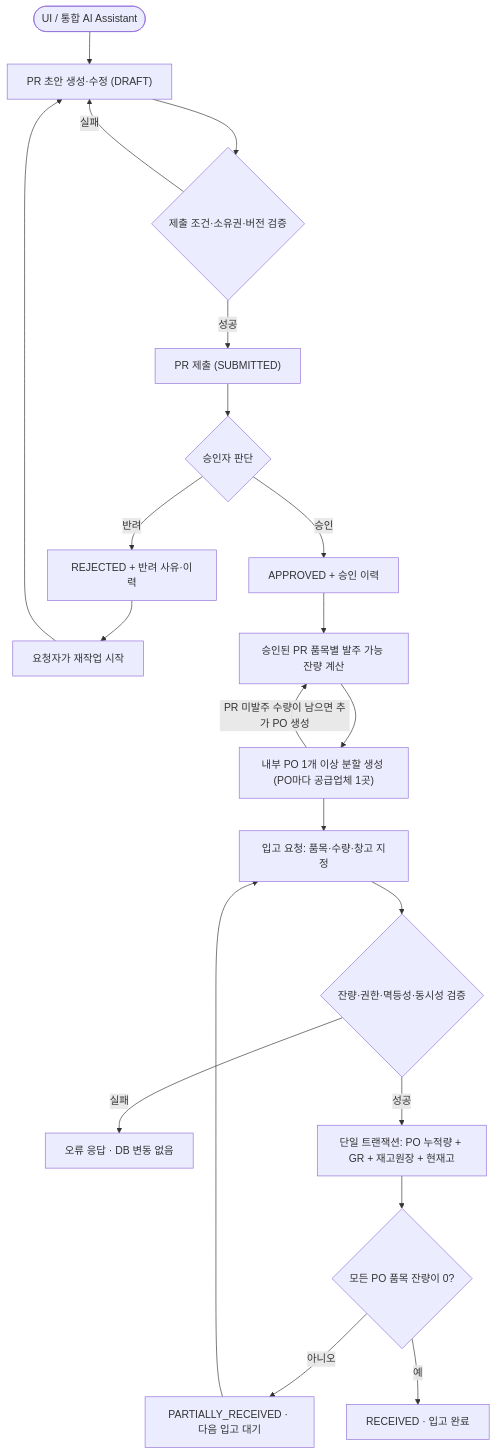
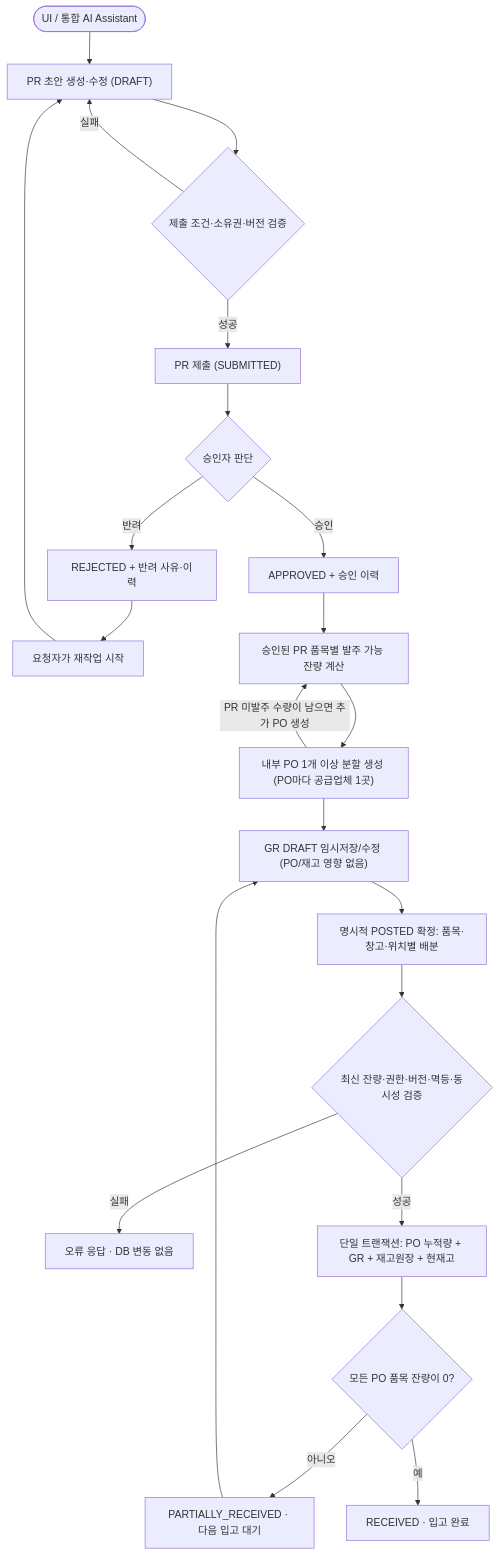
Before and after one commit to chagok-erp/chagok_docs: the first of 5 diagrams in docs/business/04-ERP-WORKFLOW.md, drawn with Mermaid. The commit also changed other lines of this file and 14 other files, not shown here.

````diff
--- a/docs/business/04-ERP-WORKFLOW.md
+++ b/docs/business/04-ERP-WORKFLOW.md
@@ -9,23 +9,24 @@
 ```mermaid
 flowchart TD
     START([UI / 통합 AI Assistant]) --> D["PR 초안 생성·수정 (DRAFT)"]
     D --> VALIDATE{"제출 조건·소유권·버전 검증"}
     VALIDATE -->|실패| D
     VALIDATE -->|성공| S["PR 제출 (SUBMITTED)"]
     S --> APPROVAL{"승인자 판단"}
     APPROVAL -->|반려| R["REJECTED + 반려 사유·이력"]
     R --> REWORK["요청자가 재작업 시작"]
     REWORK --> D
     APPROVAL -->|승인| A["APPROVED + 승인 이력"]
     A --> SPLIT["승인된 PR 품목별 발주 가능 잔량 계산"]
     SPLIT --> PO["내부 PO 1개 이상 분할 생성 (PO마다 공급업체 1곳)"]
     PO -->|PR 미발주 수량이 남으면 추가 PO 생성| SPLIT
-    PO --> GR["입고 요청: 품목·수량·창고 지정"]
-    GR --> CHECK{"잔량·권한·멱등성·동시성 검증"}
+    PO --> GRD["GR DRAFT 임시저장/수정 (PO/재고 영향 없음)"]
+    GRD --> GR["명시적 POSTED 확정: 품목·창고·위치별 배분"]
+    GR --> CHECK{"최신 잔량·권한·버전·멱등·동시성 검증"}
     CHECK -->|실패| NO["오류 응답 · DB 변동 없음"]
     CHECK -->|성공| TX["단일 트랜잭션: PO 누적량 + GR + 재고원장 + 현재고"]
     TX --> NEXT{"모든 PO 품목 잔량이 0?"}
     NEXT -->|아니오| PARTIAL["PARTIALLY_RECEIVED · 다음 입고 대기"]
-    PARTIAL --> GR
+    PARTIAL --> GRD
     NEXT -->|예| DONE["RECEIVED · 입고 완료"]
 ```
````
